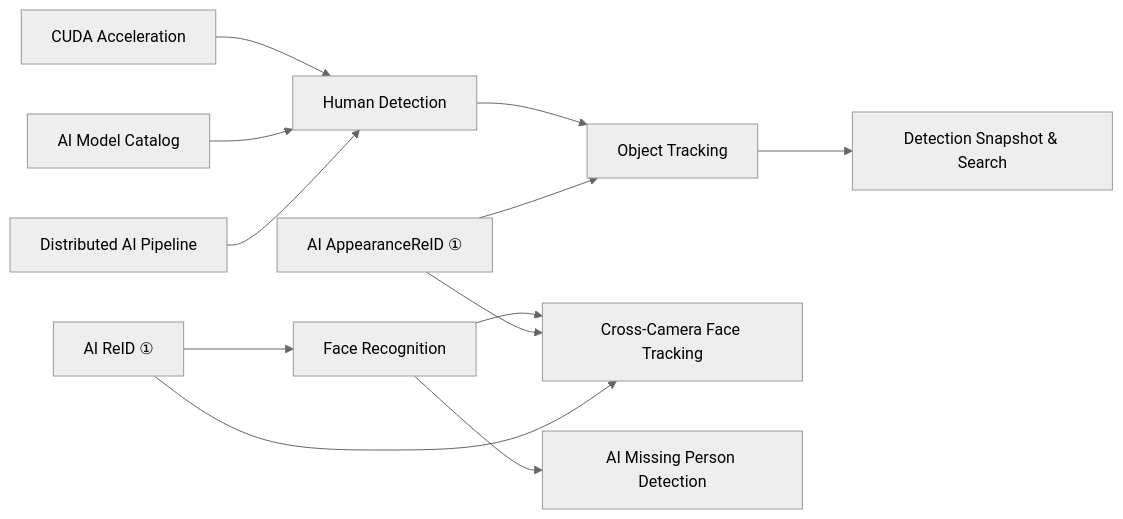
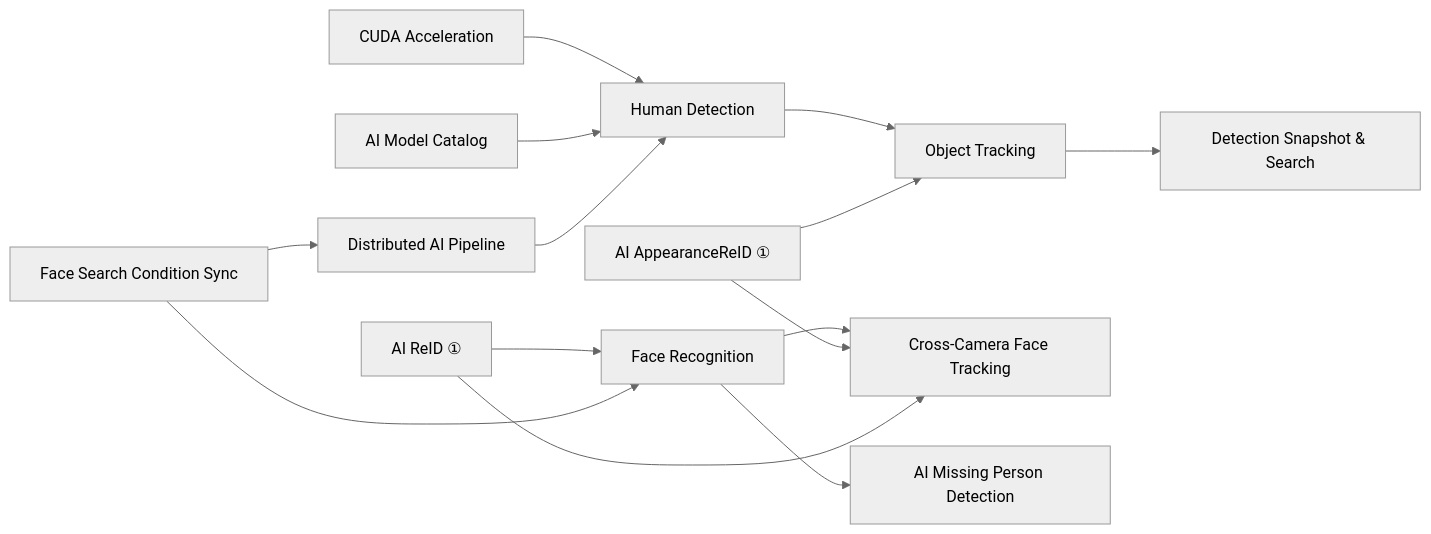
Before and after one commit to melchi45/loitering_tracking: the third of 4 diagrams in docs/README.md, drawn with Mermaid (neutral theme). The commit also changed other lines of this file and 29 other files, not shown here.

````diff
--- a/docs/README.md
+++ b/docs/README.md
@@ -239,14 +240,16 @@
 ```mermaid
 flowchart LR
     CUDA[CUDA Acceleration] --> HD[Human Detection]
     MC[AI Model Catalog] --> HD
     HD --> OT[Object Tracking]
     OT --> DSS[Detection Snapshot & Search]
     FR[Face Recognition] --> CCF[Cross-Camera Face Tracking]
     FR --> MPD[AI Missing Person Detection]
     DAP[Distributed AI Pipeline] --> HD
     AppR[AI AppearanceReID ①] --> OT
     AppR --> CCF
     REID[AI ReID ①] --> FR
     REID --> CCF
+    FSC[Face Search Condition Sync] --> FR
+    FSC --> DAP
 ```
````
